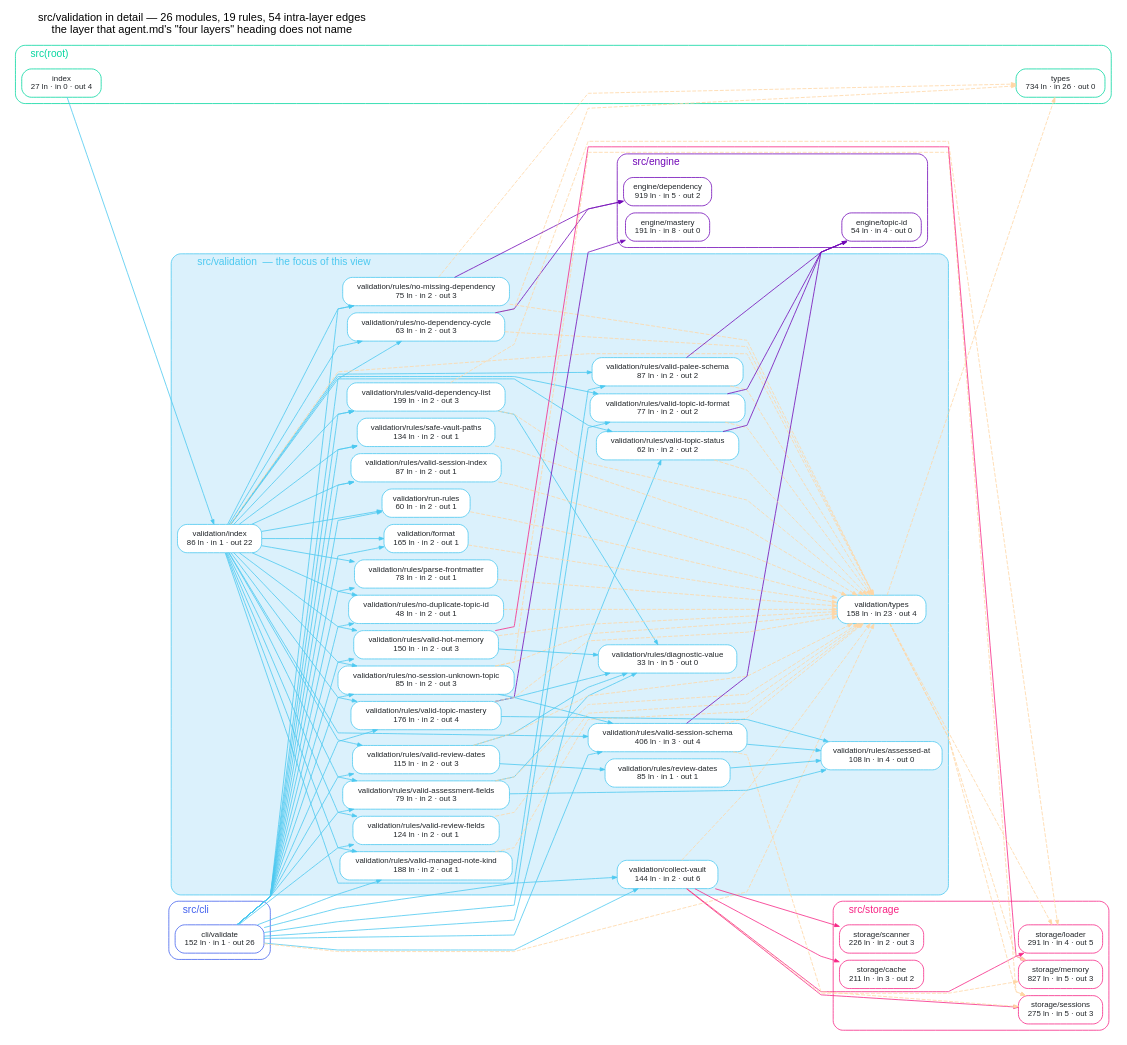
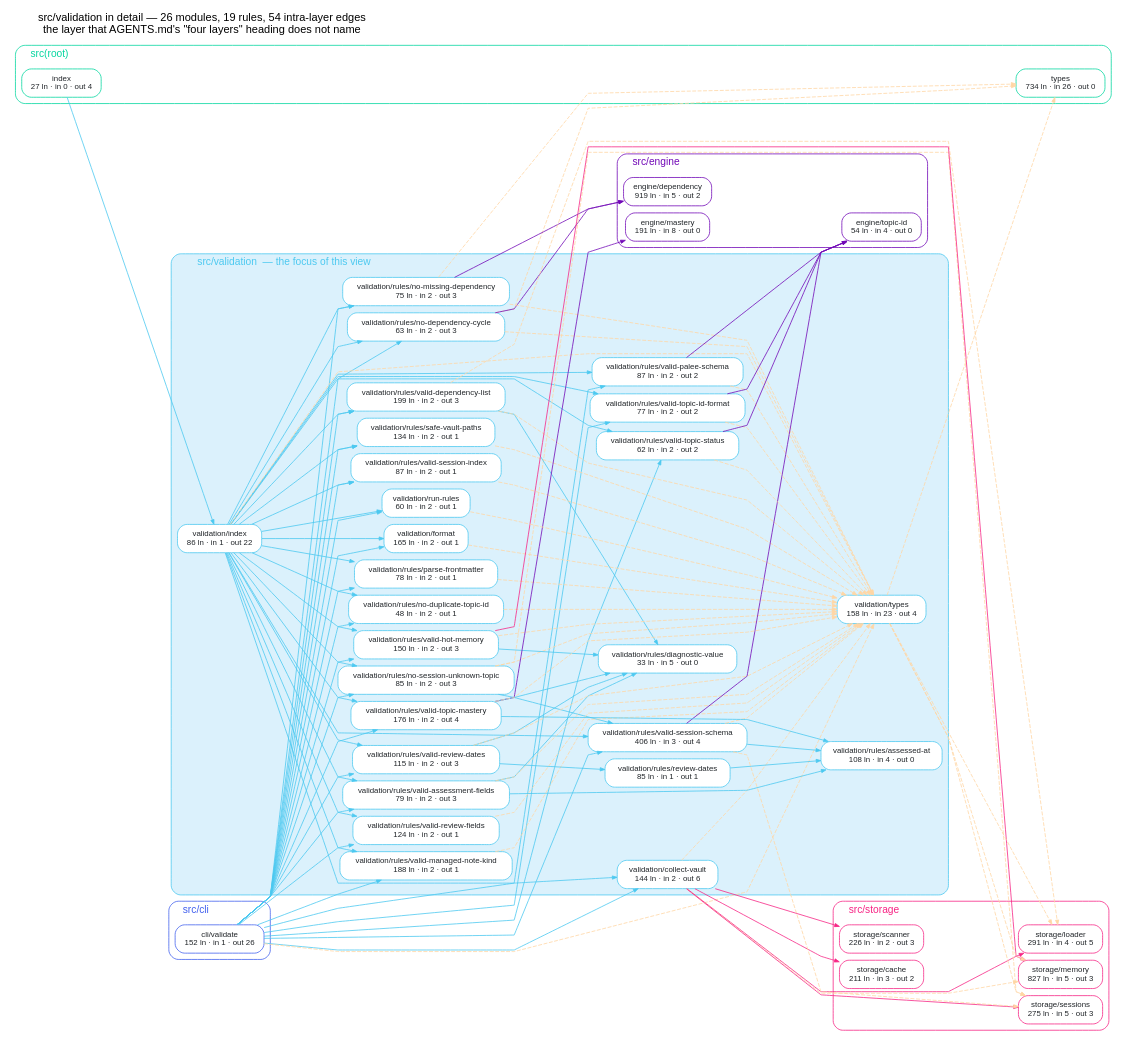
Before and after one commit to Kuldeep2822k/cli: the diagram in architecture/validation-detail.dot, drawn with Graphviz. The commit also changed 28 other files, not shown here.

```diff
--- a/architecture/validation-detail.dot
+++ b/architecture/validation-detail.dot
@@ -1,7 +1,7 @@
 digraph PALEEValidation {
   // Generated by scripts/arch-render-dot.cjs. Focused view: src/validation plus everything it touches.
   graph [rankdir=LR, splines=polyline, newrank=true, nodesep=0.12, ranksep=1.3, fontname="Helvetica",
-         labelloc=t, labeljust=l, label="src/validation in detail — 26 modules, 19 rules, 54 intra-layer edges\nthe layer that agent.md's \"four layers\" heading does not name"];
+         labelloc=t, labeljust=l, label="src/validation in detail — 26 modules, 19 rules, 54 intra-layer edges\nthe layer that AGENTS.md's \"four layers\" heading does not name"];
   node [shape=box, style="rounded,filled", fontname="Helvetica", fontsize=10, fillcolor="#ffffff"];
   edge [fontname="Helvetica", fontsize=8, color="#adb5bd", arrowsize=0.6];
 
```
